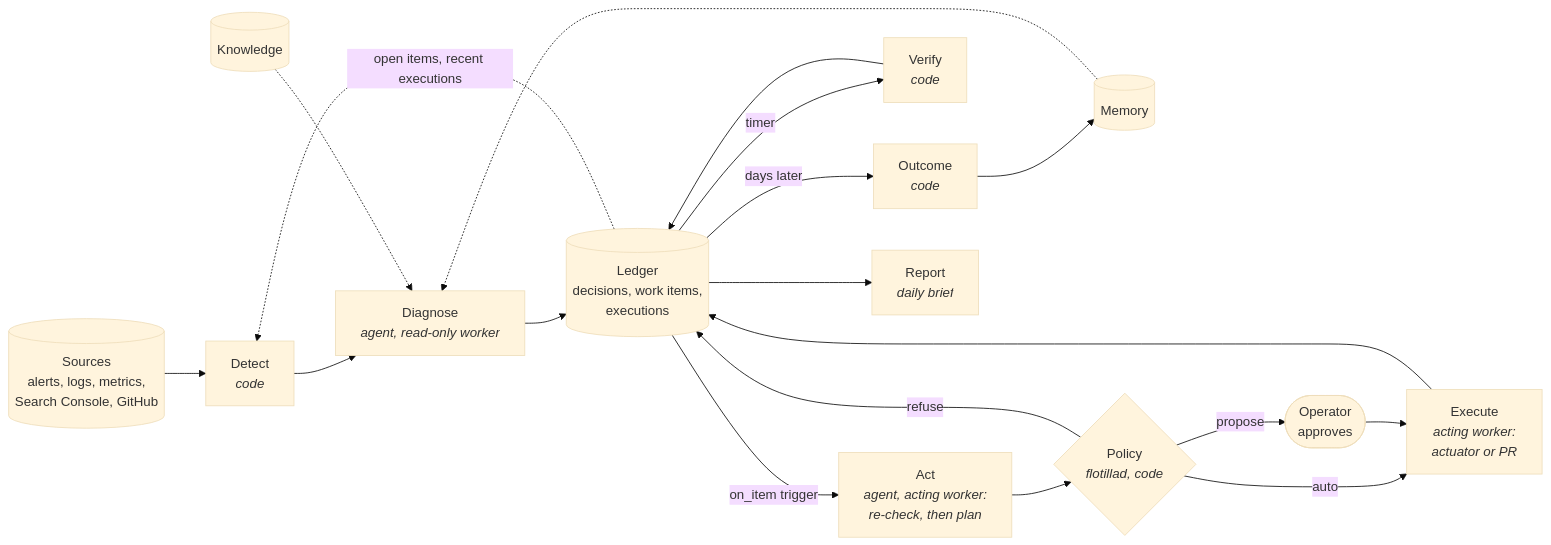
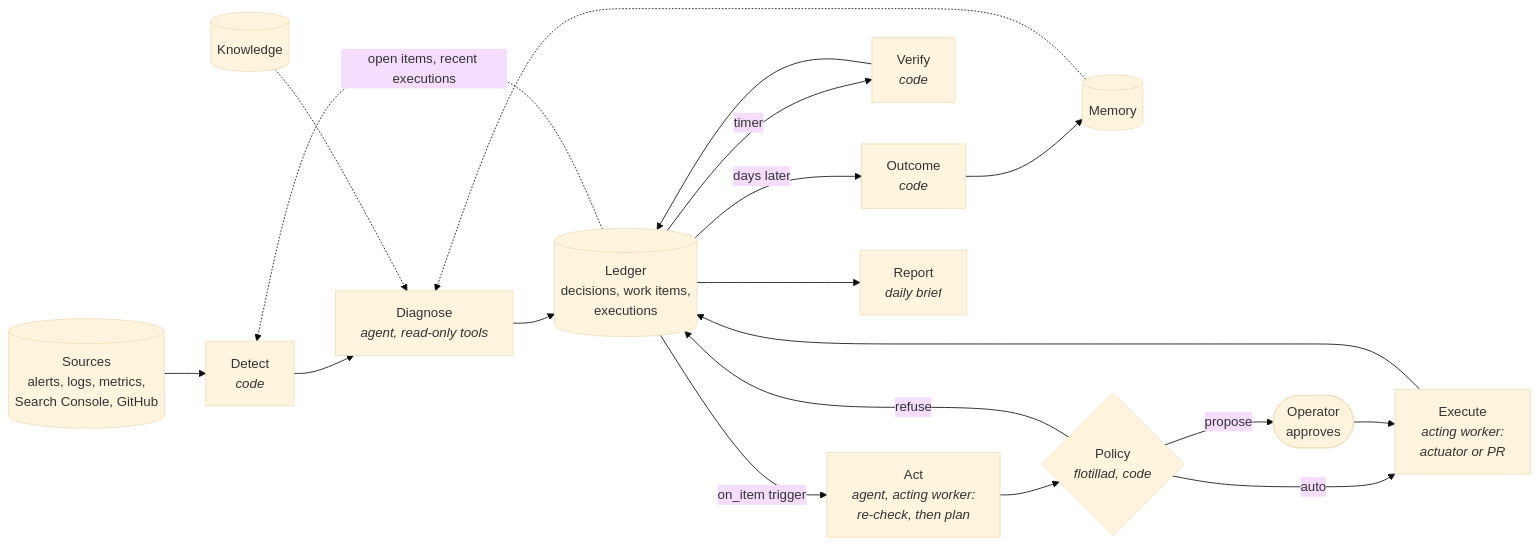
One commit to chipi/flotilla changed the first of 9 diagrams in docs/rfc/RFC-0004-agent-pipeline.md. Above: the diagram before and after it, drawn with Mermaid (base theme). The commit also changed other lines of this file, not shown here.

````diff
--- a/docs/rfc/RFC-0004-agent-pipeline.md
+++ b/docs/rfc/RFC-0004-agent-pipeline.md
@@ -36,21 +36,21 @@
 ```mermaid
 flowchart LR
     S[(Sources<br/>alerts, logs, metrics,<br/>Search Console, GitHub)] --> D[Detect<br/><i>code</i>]
     L[(Ledger<br/>decisions, work items,<br/>executions)] -. open items, recent executions .-> D
-    D --> G[Diagnose<br/><i>agent, read-only worker</i>]
+    D --> G[Diagnose<br/><i>agent, read-only tools</i>]
     K[(Knowledge)] -.-> G
     M[(Memory)] -.-> G
     G --> L
     L -- on_item trigger --> A[Act<br/><i>agent, acting worker:<br/>re-check, then plan</i>]
     A --> P{Policy<br/><i>flotillad, code</i>}
     P -- auto --> X[Execute<br/><i>acting worker:<br/>actuator or PR</i>]
     P -- propose --> O([Operator<br/>approves])
     O --> X
     P -- refuse --> L
     X --> L
     L -- timer --> V[Verify<br/><i>code</i>]
     V --> L
     L -- days later --> Oc[Outcome<br/><i>code</i>]
     Oc --> M
     L --> R[Report<br/><i>daily brief</i>]
 ```
````
